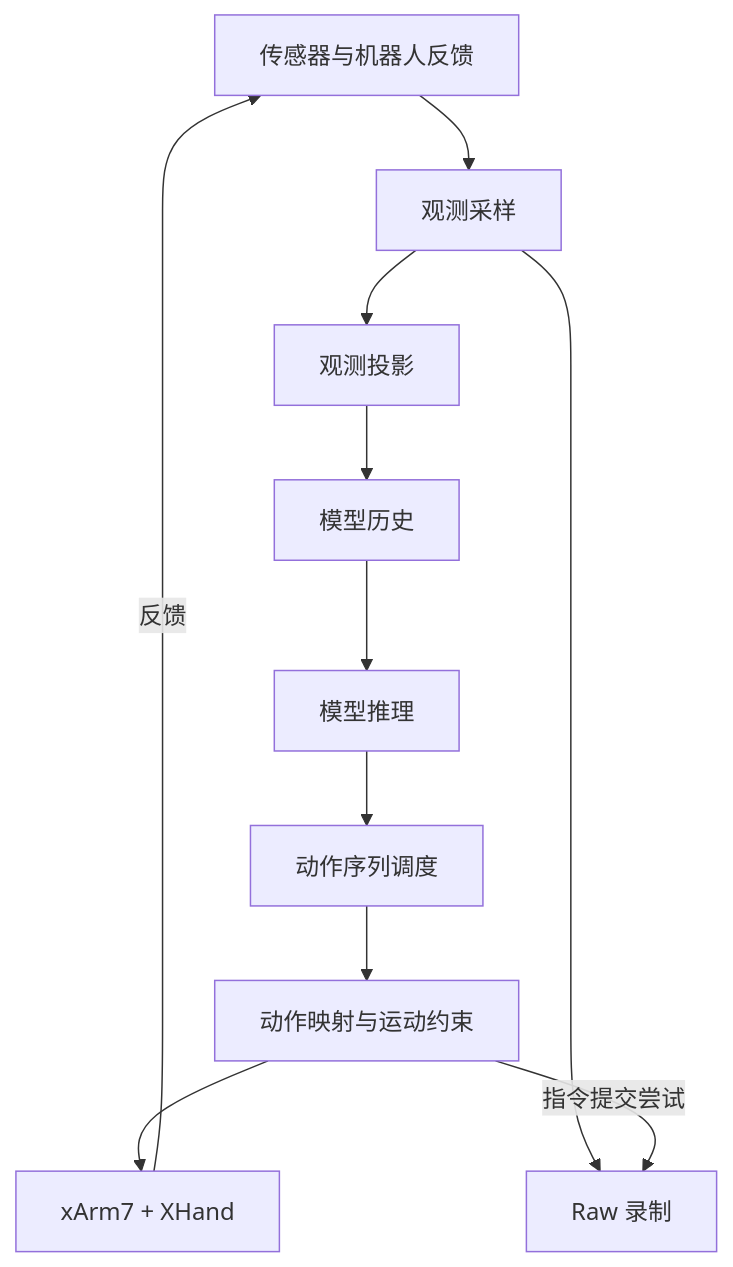
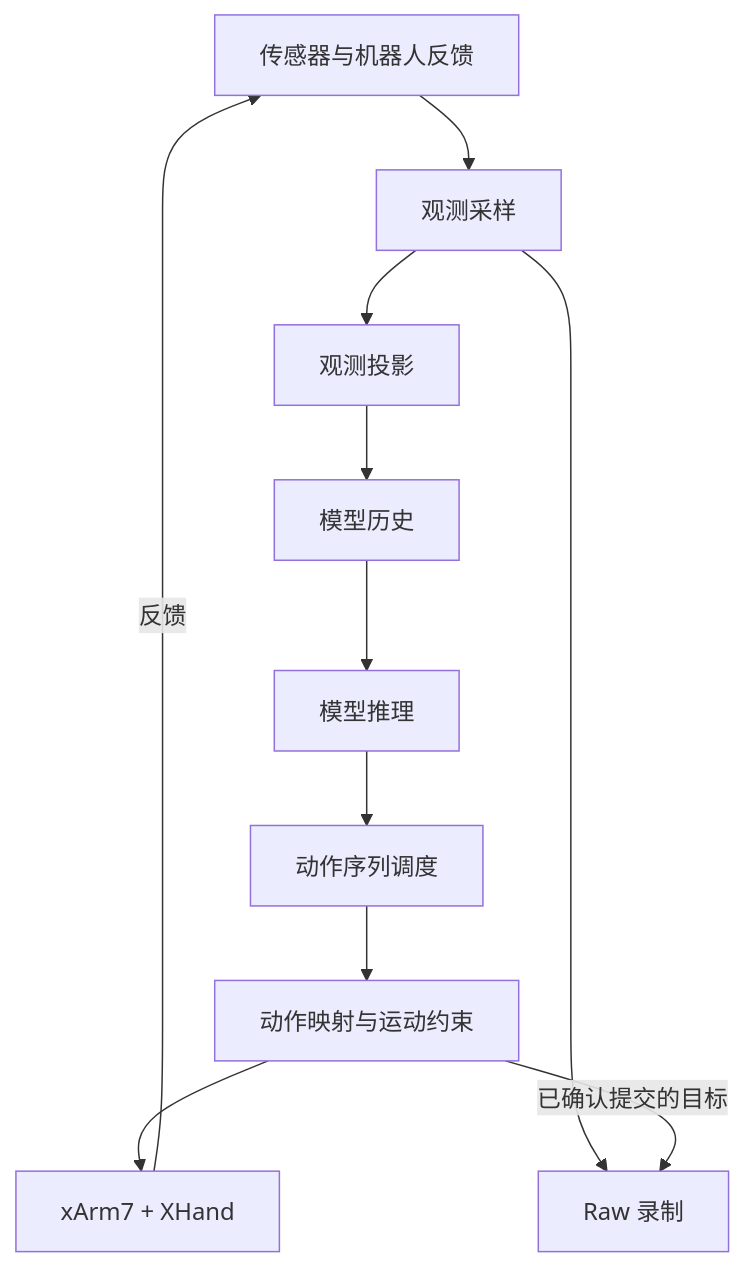
One commit to haoyangzhanglab/dexmani_real changed the diagram in docs/policy_deployment.md. Above: the diagram before and after it, drawn with Mermaid. The commit also changed other lines of this file and 40 other files, not shown here.

````diff
--- a/docs/policy_deployment.md
+++ b/docs/policy_deployment.md
@@ -7,13 +7,13 @@
 ```mermaid
 flowchart TB
     sensors[传感器与机器人反馈] --> observation[观测采样]
     observation --> projection[观测投影]
     observation --> raw[Raw 录制]
     projection --> history[模型历史]
     history --> inference[模型推理]
     inference --> schedule[动作序列调度]
     schedule --> control[动作映射与运动约束]
     control --> robot[xArm7 + XHand]
     robot -->|反馈| sensors
-    control -->|指令提交尝试| raw
+    control -->|已确认提交的目标| raw
 ```
````
